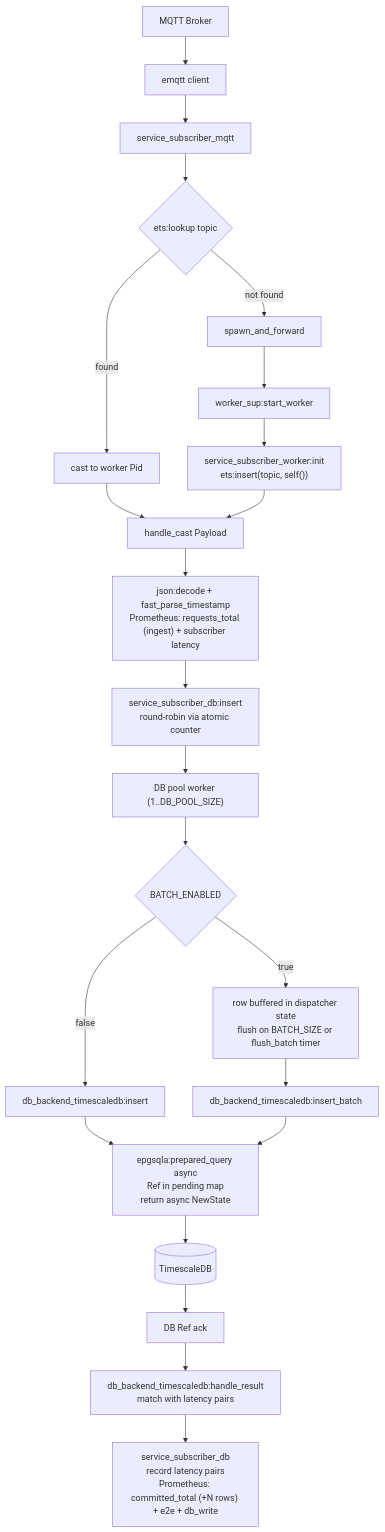
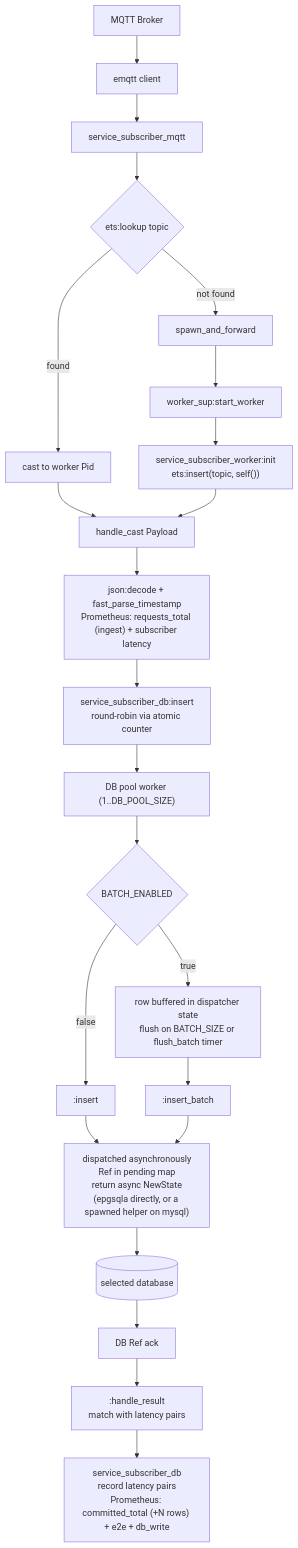
One commit to TomSpyropoulos/actor-erlang changed the first of 2 diagrams in service_subscriber/README.md. Above: the diagram before and after it, drawn with Mermaid. The commit also changed other lines of this file and 12 other files, not shown here.

````diff
--- a/service_subscriber/README.md
+++ b/service_subscriber/README.md
@@ -21,24 +21,24 @@
 ```mermaid
 flowchart TD
     A[MQTT Broker] --> B[emqtt client] --> C[service_subscriber_mqtt]
     C --> D{ets:lookup topic}
     D -->|found| E[cast to worker Pid]
     D -->|not found| F[spawn_and_forward]
     F --> G[worker_sup:start_worker]
     G --> H["service_subscriber_worker:init\nets:insert(topic, self())"]
     E --> I[handle_cast Payload]
     H --> I
     I --> J["json:decode + fast_parse_timestamp\nPrometheus: requests_total (ingest) + subscriber latency"]
     J --> K["service_subscriber_db:insert\nround-robin via atomic counter"]
     K --> L["DB pool worker (1..DB_POOL_SIZE)"]
     L --> M{BATCH_ENABLED}
-    M -->|false| N["db_backend_timescaledb:insert"]
+    M -->|false| N["<active db_backend>:insert"]
     M -->|true| O["row buffered in dispatcher state\nflush on BATCH_SIZE or flush_batch timer"]
-    O --> P["db_backend_timescaledb:insert_batch"]
-    N --> Q["epgsqla:prepared_query async\nRef in pending map\nreturn async NewState"]
+    O --> P["<active db_backend>:insert_batch"]
+    N --> Q["dispatched asynchronously\nRef in pending map\nreturn async NewState\n(epgsqla directly, or a spawned helper on mysql)"]
     P --> Q
-    Q --> R[(TimescaleDB)]
+    Q --> R[(selected database)]
     R --> S[DB Ref ack]
-    S --> T["db_backend_timescaledb:handle_result\nmatch with latency pairs"]
+    S --> T["<active db_backend>:handle_result\nmatch with latency pairs"]
     T --> U["service_subscriber_db\nrecord latency pairs\nPrometheus: committed_total (+N rows) + e2e + db_write"]
 ```
````
